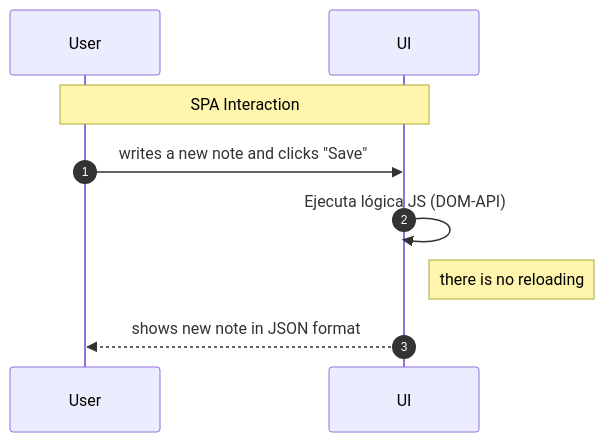
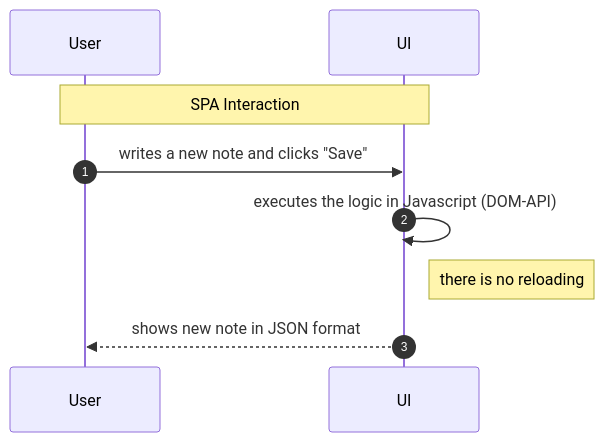
Before and after one commit to ahcl-59/FullStackOpenCourse: the diagram in part0/0.5_notesDiagramSPA.md, drawn with Mermaid.

Commit message:
Update Spanish to English in notes diagram

````diff
--- a/part0/0.5_notesDiagramSPA.md
+++ b/part0/0.5_notesDiagramSPA.md
@@ -1,15 +1,15 @@
 ```mermaid
 sequenceDiagram
     autonumber
     participant User
     participant UI
     
     Note over User, UI: SPA Interaction
     
     User ->> UI: writes a new note and clicks "Save"
-    UI ->> UI: Ejecuta lógica JS (DOM-API)
+    UI ->> UI: executes the logic in Javascript (DOM-API)
     
     Note right of UI: there is no reloading
     
     UI -->> User: shows new note in JSON format
 ```
````
